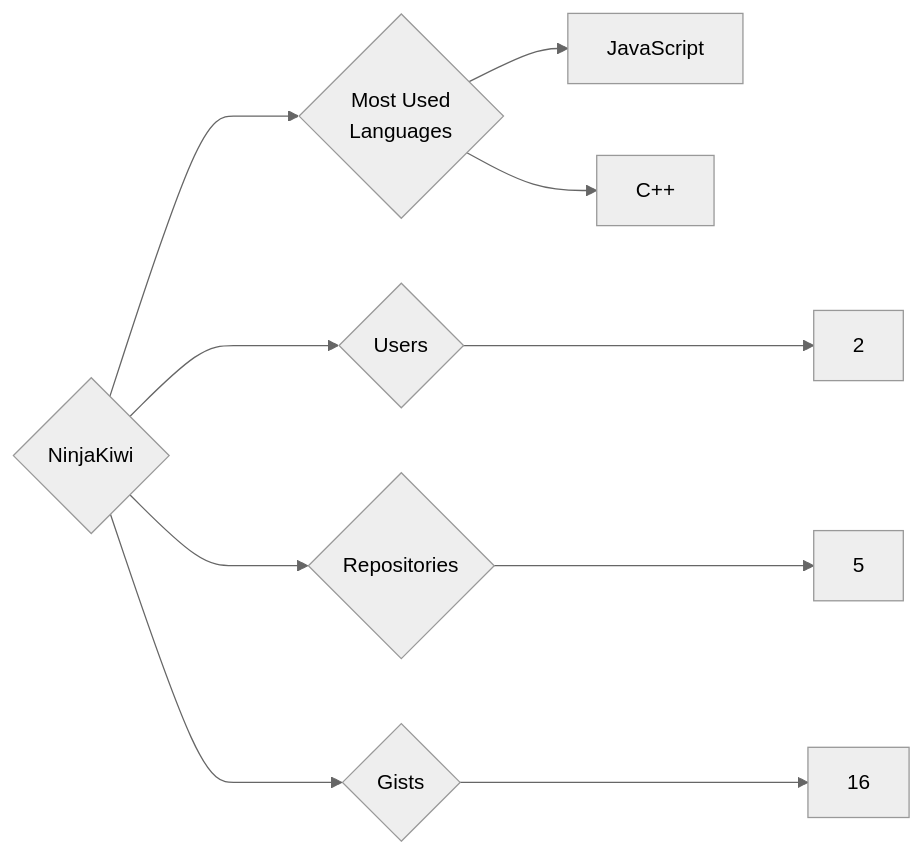
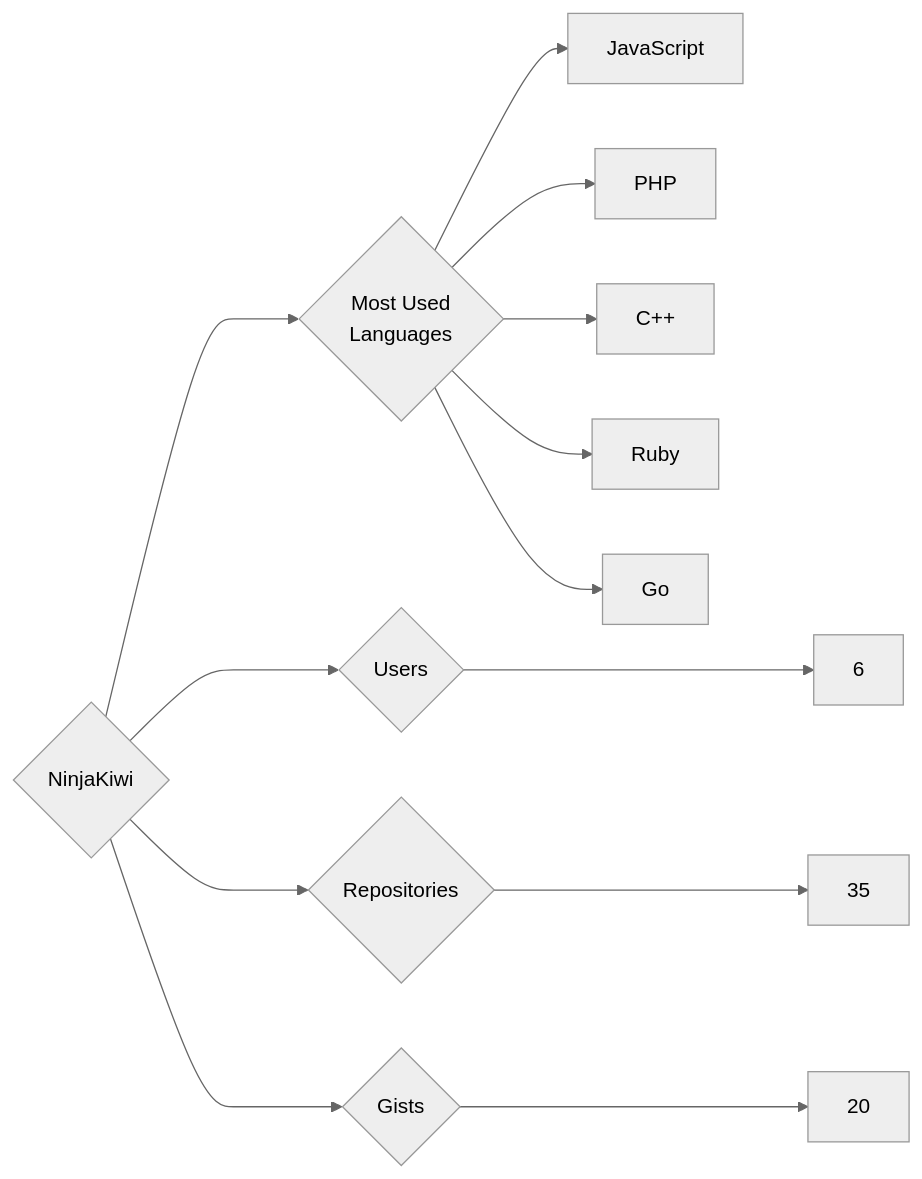
Before and after one commit to trickest/insiders: the diagram in targets/NinjaKiwi/README.md, drawn with Mermaid (neutral theme). The commit also changed 953 other files, not shown here.

````diff
--- a/targets/NinjaKiwi/README.md
+++ b/targets/NinjaKiwi/README.md
@@ -3,10 +3,13 @@
 ```mermaid
 graph LR
 COMPANY_NAME{NinjaKiwi}
-COMPANY_NAME ---> U{Users} ---> UN[2]
-COMPANY_NAME ---> R{Repositories} ---> RN[5]
-COMPANY_NAME ---> G{Gists} ---> GN[16]
+COMPANY_NAME ---> U{Users} ---> UN[6]
+COMPANY_NAME ---> R{Repositories} ---> RN[35]
+COMPANY_NAME ---> G{Gists} ---> GN[20]
 COMPANY_NAME ---> ML{Most Used<br>Languages}
 ML --> JavaScript[JavaScript]
+ML --> PHP[PHP]
 ML --> C++[C++]
+ML --> Ruby[Ruby]
+ML --> Go[Go]
 ```
````
